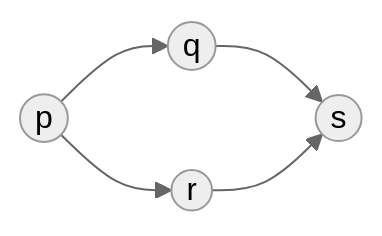
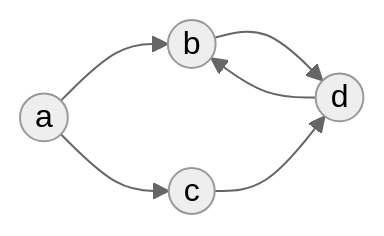
One commit to Meer-Matze/Meer-Matze.github.io changed the second of 10 diagrams in src/content/posts/图.md. Above: the diagram before and after it, drawn with Mermaid (neutral theme). The commit also changed other lines of this file and 12 other files, not shown here.

````diff
--- a/src/content/posts/图.md
+++ b/src/content/posts/图.md
@@ -37,7 +33,5 @@
 ```mermaid
 graph LR
-  p((p)) --> q((q))
-  p --> r((r))
-  q --> s((s))
-  r --> s
+  a((a)) --> b((b)) & c((c)) --> d((d))
+  d --> b
 ```
````
